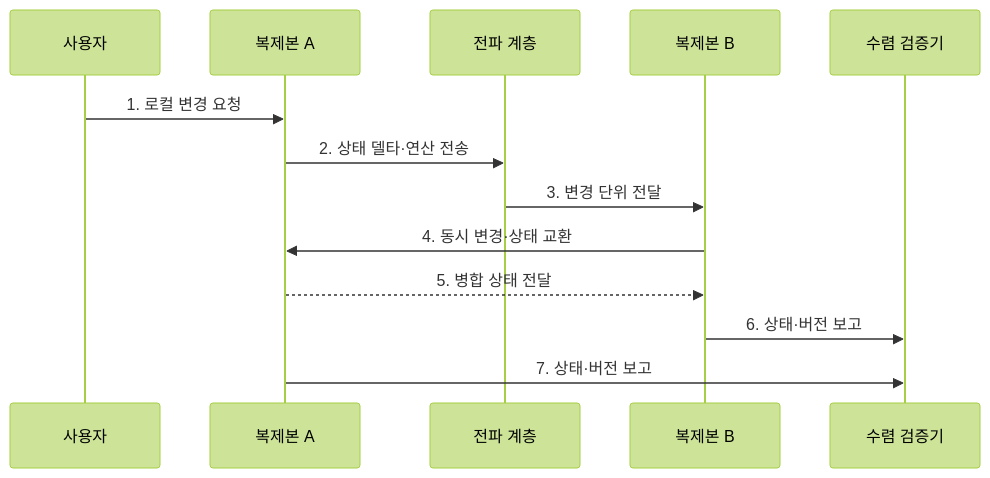
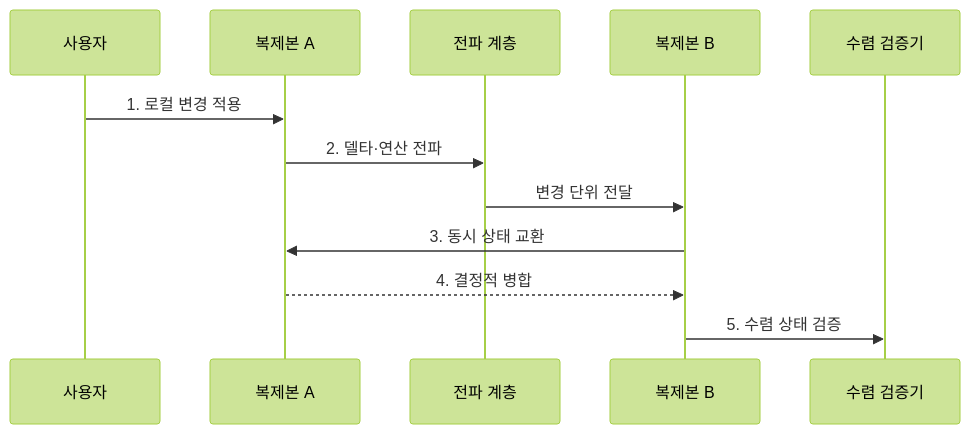
One commit to agnusdei1207/knowledge-base changed the second of 2 diagrams in src/content/docs/notes/03-software/105_crdt.md. Above: the diagram before and after it, drawn with Mermaid (forest theme). The commit also changed other lines of this file and 238 other files, not shown here.

````diff
--- a/src/content/docs/notes/03-software/105_crdt.md
+++ b/src/content/docs/notes/03-software/105_crdt.md
@@ -79,15 +79,14 @@
 ```mermaid
 sequenceDiagram
     participant U as 사용자
     participant A as 복제본 A
     participant X as 전파 계층
     participant B as 복제본 B
     participant V as 수렴 검증기
-    U->>A: 1. 로컬 변경 요청
-    A->>X: 2. 상태 델타·연산 전송
-    X->>B: 3. 변경 단위 전달
-    B->>A: 4. 동시 변경·상태 교환
-    A-->>B: 5. 병합 상태 전달
-    B->>V: 6. 상태·버전 보고
-    A->>V: 7. 상태·버전 보고
+    U->>A: 1. 로컬 변경 적용
+    A->>X: 2. 델타·연산 전파
+    X->>B: 변경 단위 전달
+    B->>A: 3. 동시 상태 교환
+    A-->>B: 4. 결정적 병합
+    B->>V: 5. 수렴 상태 검증
 ```
````
